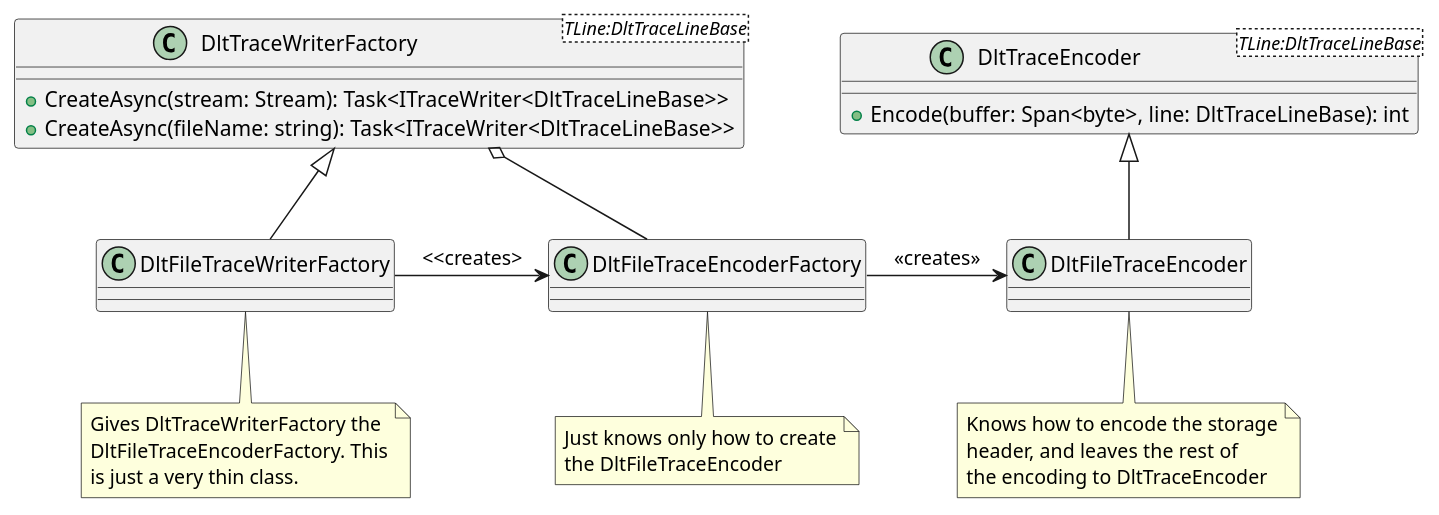
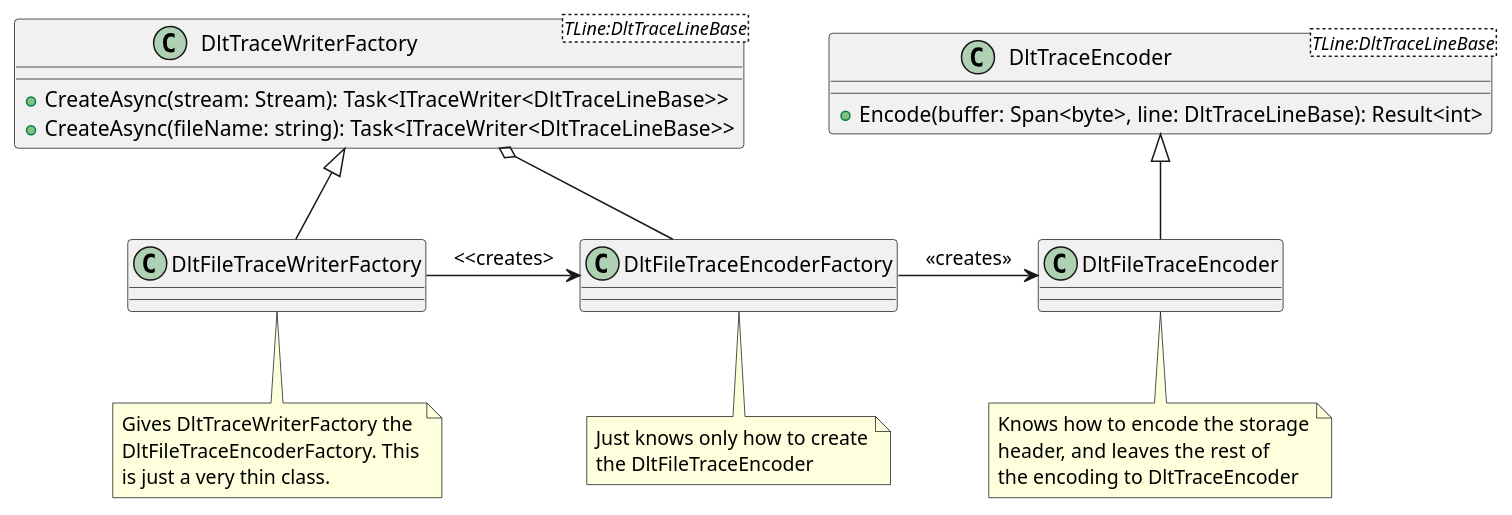
Before and after one commit to jcurl/RJCP.DLL.Log: the diagram in TraceReader.Dlt/docs/diagrams/DLT.WriterFileFactory.plantuml, drawn with PlantUML. The commit also changed 7 other files, not shown here.

First line of the commit message:
DLT Writer: Update UML for Result<int> type

```diff
--- a/TraceReader.Dlt/docs/diagrams/DLT.WriterFileFactory.plantuml
+++ b/TraceReader.Dlt/docs/diagrams/DLT.WriterFileFactory.plantuml
@@ -1,36 +1,36 @@
 @startuml DLT.WriterFileFactory
 class DltTraceWriterFactory<TLine:DltTraceLineBase> {
     +CreateAsync(stream: Stream): Task<ITraceWriter<DltTraceLineBase>>
     +CreateAsync(fileName: string): Task<ITraceWriter<DltTraceLineBase>>
 }
 
 class DltTraceEncoder<TLine:DltTraceLineBase> {
-    +Encode(buffer: Span<byte>, line: DltTraceLineBase): int
+    +Encode(buffer: Span<byte>, line: DltTraceLineBase): Result<int>
 }
 
 class DltFileTraceWriterFactory
 note bottom
     Gives DltTraceWriterFactory the
     DltFileTraceEncoderFactory. This
     is just a very thin class.
 end note
 DltTraceWriterFactory <|-d- DltFileTraceWriterFactory
 
 class DltFileTraceEncoderFactory
 note bottom
     Just knows only how to create
     the DltFileTraceEncoder
 end note
 DltFileTraceWriterFactory -r-> DltFileTraceEncoderFactory : <<creates>
 DltTraceWriterFactory o-d- DltFileTraceEncoderFactory
 
 class DltFileTraceEncoder
 note bottom
     Knows how to encode the storage
     header, and leaves the rest of
     the encoding to DltTraceEncoder
 end note
 
 DltFileTraceEncoderFactory -r-> DltFileTraceEncoder : <<creates>>
 DltTraceEncoder <|-d- DltFileTraceEncoder
 @enduml
```
